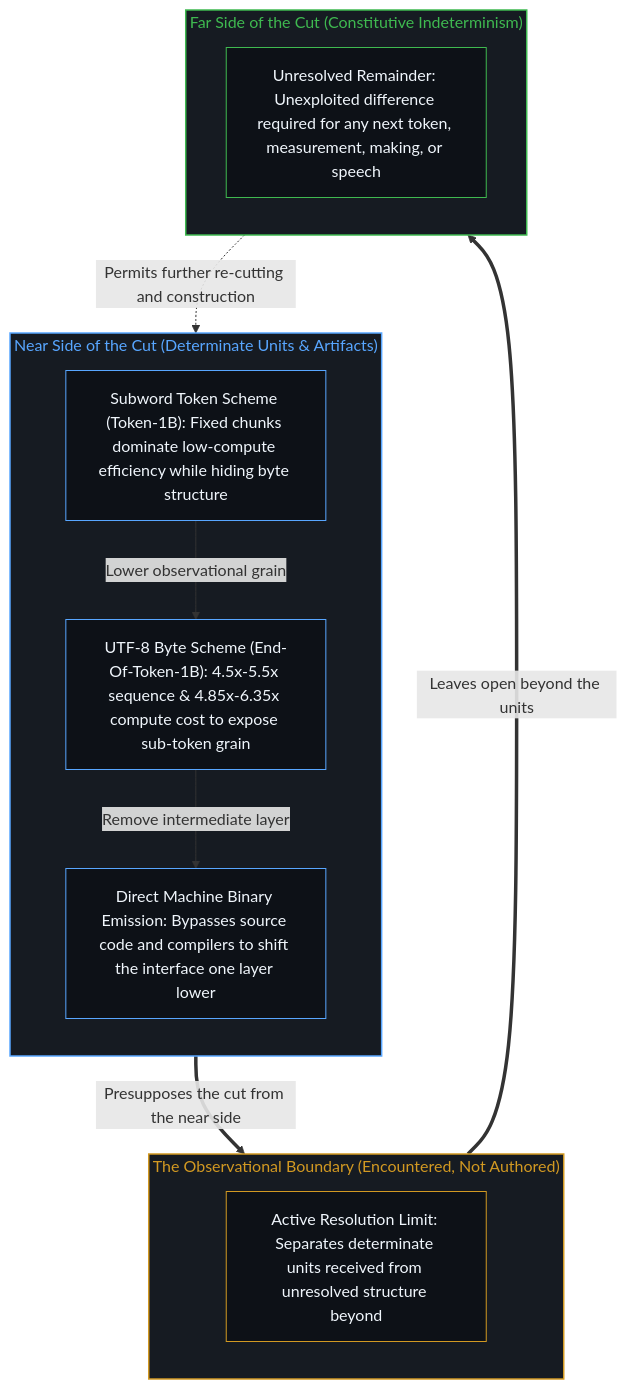
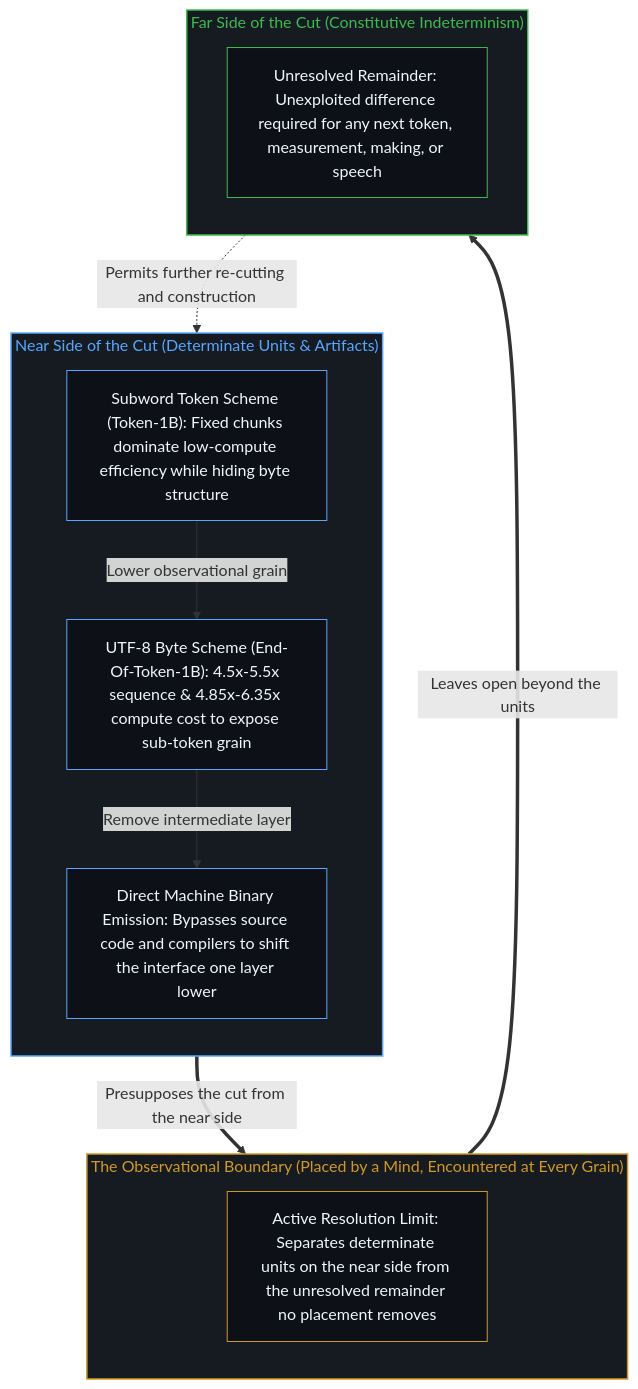
The second of 4 diagrams in content/posts/tokens-and-the-observational-boundary.md (powerpig99/not-a-toe), drawn with Mermaid before and after one commit. The commit also changed other lines of this file and 13 other files, not shown here.

````diff
--- a/content/posts/tokens-and-the-observational-boundary.md
+++ b/content/posts/tokens-and-the-observational-boundary.md
@@ -53,29 +53,29 @@
 ```mermaid
 flowchart TD
     subgraph S_Near["Near Side of the Cut (Determinate Units & Artifacts)"]
         direction TB
         N_Token["Subword Token Scheme (Token-1B): Fixed chunks dominate low-compute efficiency while hiding byte structure"]
         N_Byte["UTF-8 Byte Scheme (End-Of-Token-1B): 4.5x-5.5x sequence & 4.85x-6.35x compute cost to expose sub-token grain"]
         N_Bin["Direct Machine Binary Emission: Bypasses source code and compilers to shift the interface one layer lower"]
         N_Token -->|"Lower observational grain"| N_Byte -->|"Remove intermediate layer"| N_Bin
     end
-    subgraph S_Cut["The Observational Boundary (Encountered, Not Authored)"]
+    subgraph S_Cut["The Observational Boundary (Placed by a Mind, Encountered at Every Grain)"]
         direction TB
-        C_Bound["Active Resolution Limit: Separates determinate units received from unresolved structure beyond"]
+        C_Bound["Active Resolution Limit: Separates determinate units on the near side from the unresolved remainder no placement removes"]
     end
     subgraph S_Far["Far Side of the Cut (Constitutive Indeterminism)"]
         direction TB
         F_Indet["Unresolved Remainder: Unexploited difference required for any next token, measurement, making, or speech"]
     end
     N_Bin ==>|"Presupposes the cut from the near side"| C_Bound
     C_Bound ==>|"Leaves open beyond the units"| F_Indet
     F_Indet -.->|"Permits further re-cutting and construction"| N_Token
     style S_Near fill:#161b22,stroke:#58a6ff,stroke-width:1.5px,color:#58a6ff
     style S_Cut fill:#161b22,stroke:#d29922,stroke-width:1.5px,color:#d29922
     style S_Far fill:#161b22,stroke:#3fb950,stroke-width:1.5px,color:#3fb950
     style N_Token fill:#0d1117,stroke:#58a6ff,stroke-width:1px,color:#f0f6fc
     style N_Byte fill:#0d1117,stroke:#58a6ff,stroke-width:1px,color:#f0f6fc
     style N_Bin fill:#0d1117,stroke:#58a6ff,stroke-width:1px,color:#f0f6fc
     style C_Bound fill:#0d1117,stroke:#d29922,stroke-width:1px,color:#f0f6fc
     style F_Indet fill:#0d1117,stroke:#3fb950,stroke-width:1px,color:#f0f6fc
 ```
````
